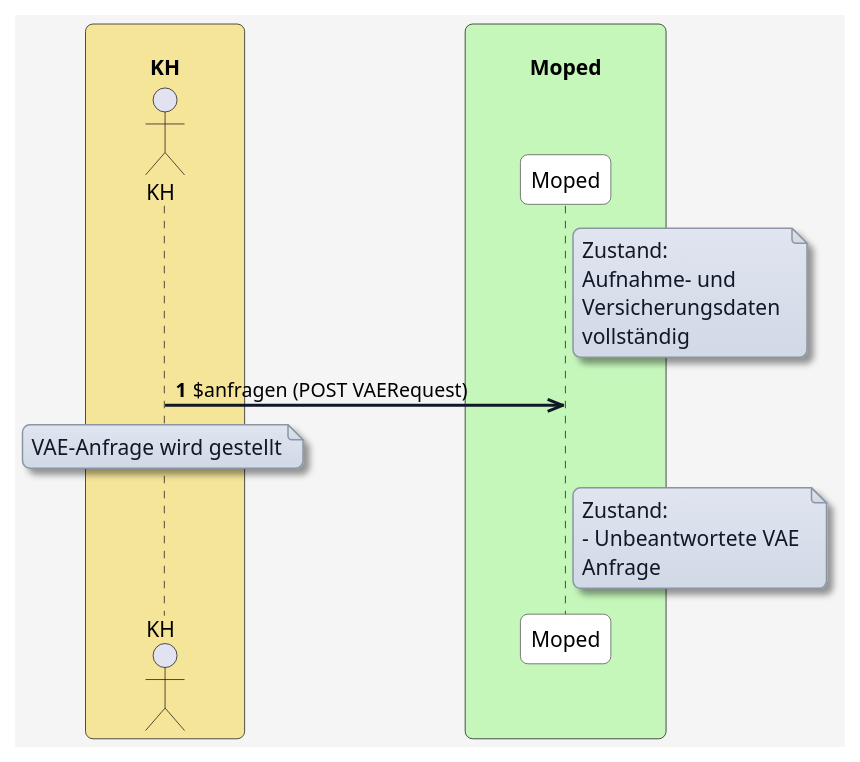
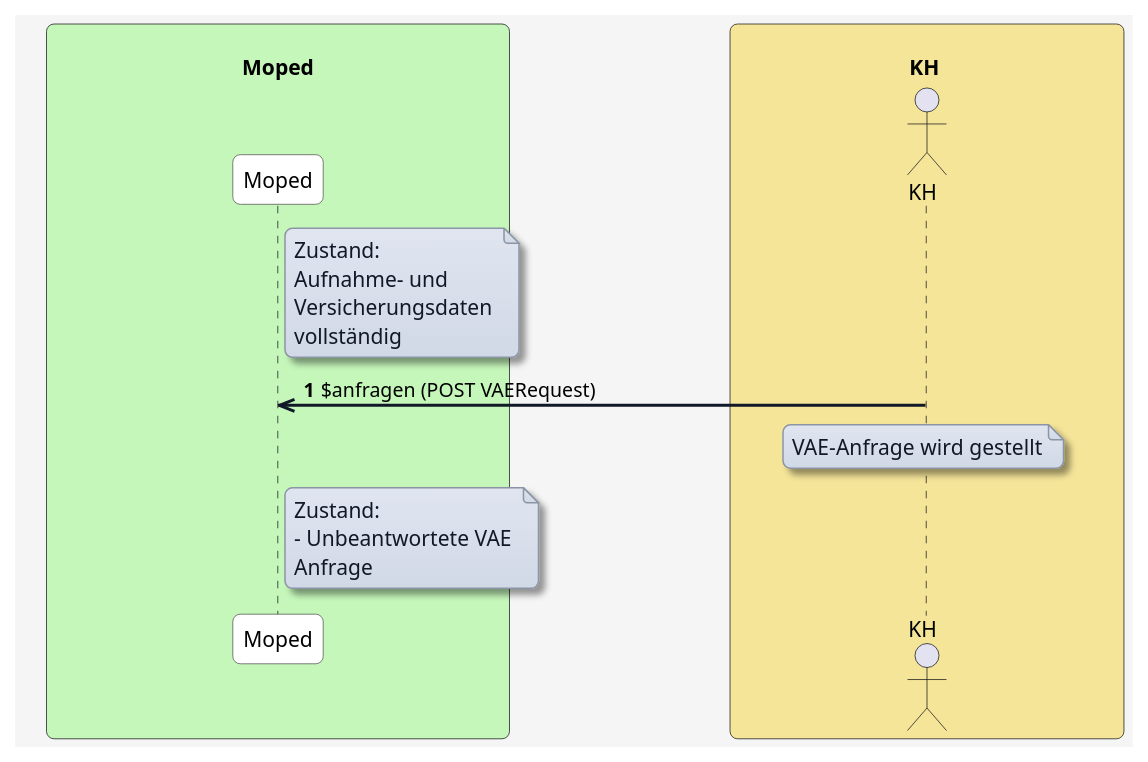
The diagram in input/images-source/anfragen.plantuml (HL7Austria/ELGA-MOPED-R5), drawn with PlantUML before and after one commit. The commit also changed 10 other files, not shown here.

```diff
--- a/input/images-source/anfragen.plantuml
+++ b/input/images-source/anfragen.plantuml
@@ -1,68 +1,69 @@
 @startuml
 skinparam borderColor #000000
 skinparam backgroundColor #f5f5f5
 skinparam shadowing false
 skinparam roundCorner 10
 skinparam defaultFontName "Arial"
 skinparam defaultFontSize 14
 skinparam defaultFontColor #000000
 
 skinparam note {
   BackgroundColor #e0e5f0-#d1d9e6
   BorderColor #8b95a5
   BorderThickness 1
   RoundCorner 8
   Padding 6
   FontColor #111827
   Shadowing true
 }
 
 skinparam HyperlinkColor #0000EE
 skinparam HyperlinkUnderline false
 
 skinparam sequence {
   ParticipantBorderColor #555555
   ParticipantBackgroundColor #ffffff
   ParticipantFontColor #000000
   ParticipantFontSize 14
   ParticipantPadding 20
   ArrowColor #111827
   ArrowThickness 2
   ArrowFontColor #000000
   ArrowFontSize 13
   GroupBorderColor #111827
   GroupBackgroundColor #f3f4f6
   GroupBorderThickness 1
 }
 
 skinparam BoxPadding 20
 skinparam BoxBorderColor #555555
 
-box "\n           KH           " #f5e599
+box "\n                                   Moped                                   " #c5f7ba
+  participant MP as "Moped"
+end box
+
+box "\n                                KH                                 " #f5e599
   actor KH as "KH"
 end box
 
-box "\n           Moped           " #c5f7ba
-  participant MP as "Moped"
-end box
 
 
 autonumber
 
 note right of MP
 Zustand:
 Aufnahme- und 
 Versicherungsdaten 
 vollständig
 end note
 
 KH ->> MP: $anfragen (POST VAERequest)
 Note over KH: VAE-Anfrage wird gestellt
 
 note right of MP
 Zustand:
 - Unbeantwortete VAE 
 Anfrage
 end note
 
 @enduml
```
